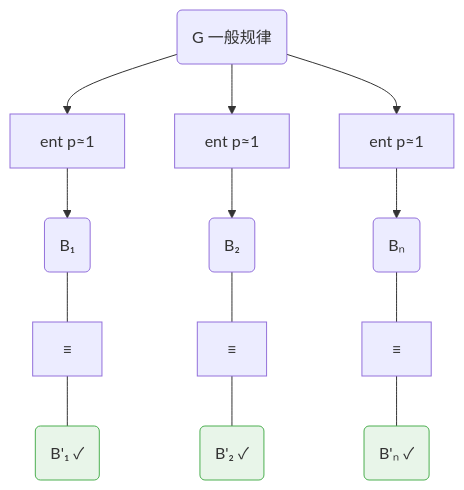
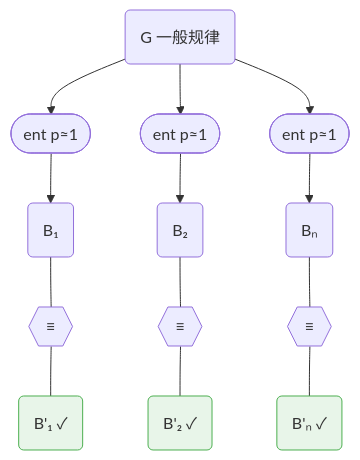
Before and after one commit to SiliconEinstein/Gaia: the second of 10 diagrams in docs/foundations/theory/science-formalization.md, drawn with Mermaid. The commit also changed other lines of this file, not shown here.

First line of the commit message:
docs: unify Mermaid shape conventions — stadium factors, hexagon bindings

````diff
--- a/docs/foundations/theory/science-formalization.md
+++ b/docs/foundations/theory/science-formalization.md
@@ -82,12 +82,12 @@
 ```mermaid
 graph TD
-    G("G 一般规律") --> f1["ent p≈1"] --> B1("B₁")
-    G --> f2["ent p≈1"] --> B2("B₂")
-    G --> fn["ent p≈1"] --> Bn("Bₙ")
-    B1 --- eq1["≡"] --- Bp1("B'₁ ✓")
-    B2 --- eq2["≡"] --- Bp2("B'₂ ✓")
-    Bn --- eqn["≡"] --- Bpn("B'ₙ ✓")
+    G("G 一般规律") --> f1(["ent p≈1"]) --> B1("B₁")
+    G --> f2(["ent p≈1"]) --> B2("B₂")
+    G --> fn(["ent p≈1"]) --> Bn("Bₙ")
+    B1 --- eq1{{"≡"}} --- Bp1("B'₁ ✓")
+    B2 --- eq2{{"≡"}} --- Bp2("B'₂ ✓")
+    Bn --- eqn{{"≡"}} --- Bpn("B'ₙ ✓")
 
     classDef obs fill:#e8f5e9,stroke:#4caf50
     class Bp1,Bp2,Bpn obs
 ```
````
